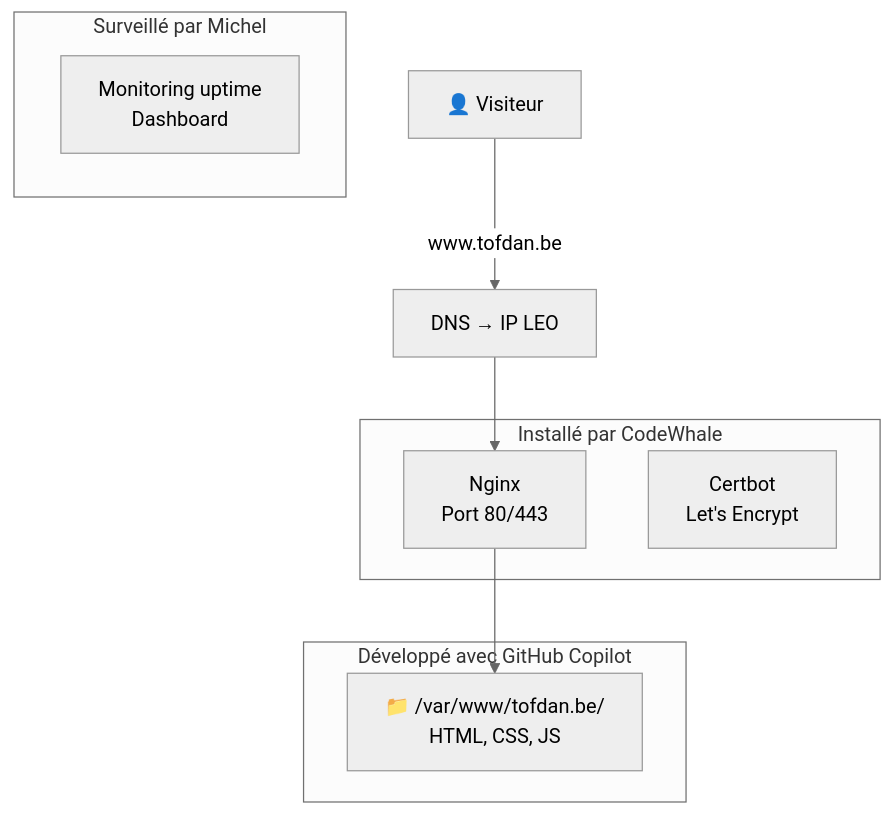
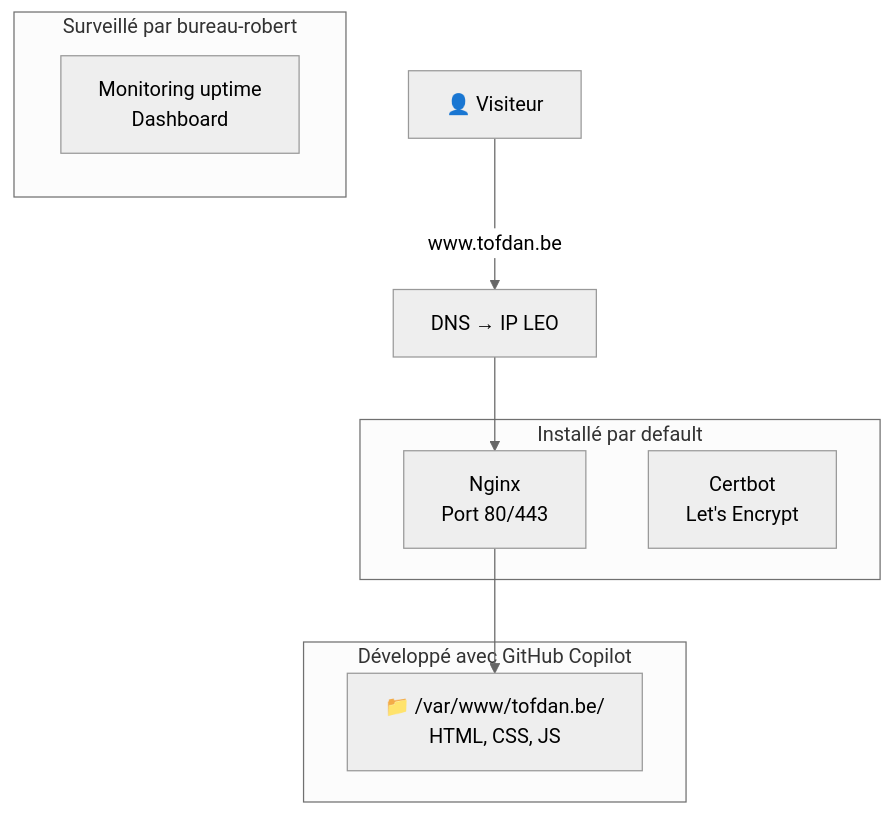
The diagram in docs/wiki/agent-pro/bureau-michel/archive/strategie-tofdan-be.md (christophedanhier-hash/BAVI_LEO), drawn with Mermaid (neutral theme) before and after one commit. The commit also changed other lines of this file and 116 other files, not shown here.

````diff
--- a/docs/wiki/agent-pro/bureau-michel/archive/strategie-tofdan-be.md
+++ b/docs/wiki/agent-pro/bureau-michel/archive/strategie-tofdan-be.md
@@ -47,19 +47,19 @@
 ```mermaid
 graph TB
     USER[👤 Visiteur] -->|www.tofdan.be| DNS[DNS → IP LEO]
     DNS --> NGINX[Nginx<br/>Port 80/443]
     NGINX --> FILES[📁 /var/www/tofdan.be/<br/>HTML, CSS, JS]
     
-    subgraph "Installé par CodeWhale"
+    subgraph "Installé par default"
         NGINX
         CERT[Certbot<br/>Let's Encrypt]
     end
     
     subgraph "Développé avec GitHub Copilot"
         FILES
     end
     
-    subgraph "Surveillé par Michel"
+    subgraph "Surveillé par bureau-robert"
         MONIT[Monitoring uptime<br/>Dashboard]
     end
 ```
````
